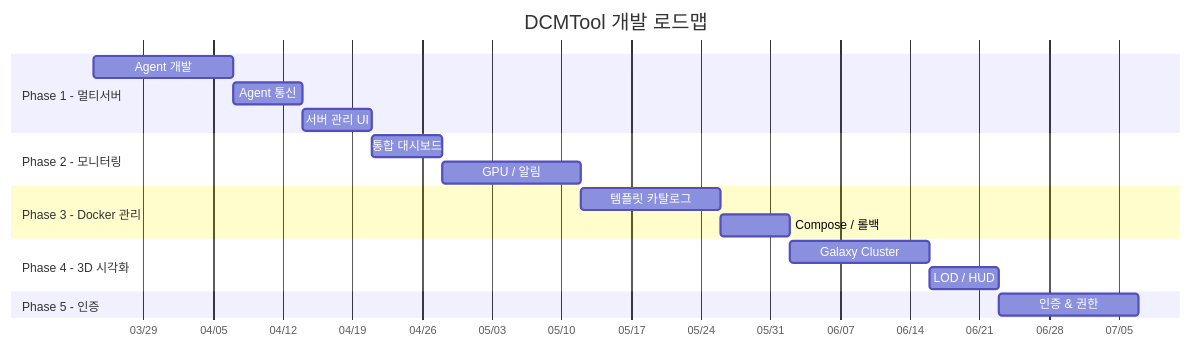
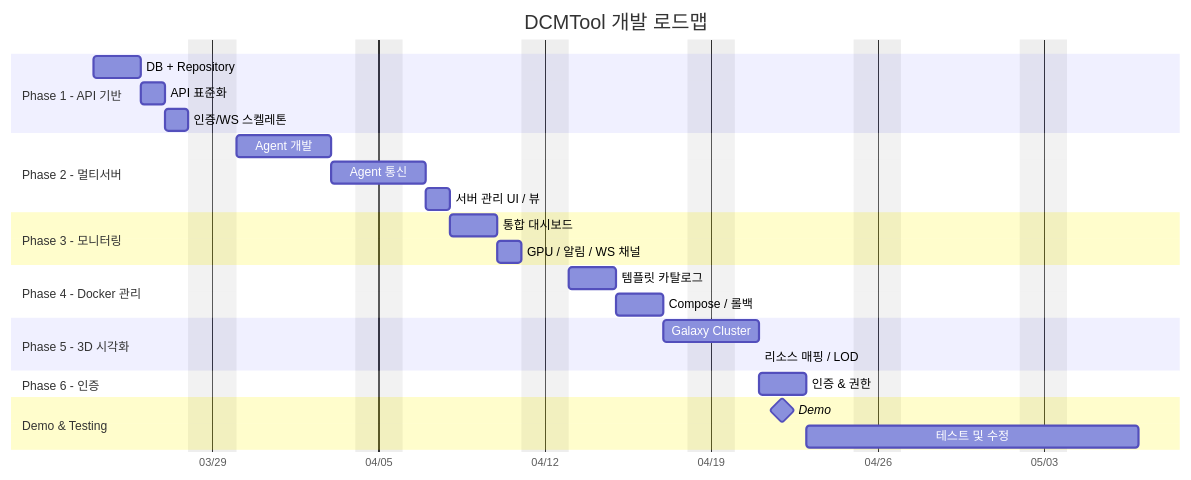
Before and after one commit to qkr7287/HyperCube: diagram 11 of 11 in docs/to-be-architecture.md, drawn with Mermaid. The commit also changed other lines of this file, not shown here.

Commit message:
docs: update to-be architecture with Phase 1 API foundation
Restructure 5 phases to 6: add Phase 1 (API foundation) before
multi-server. Compress timeline to 1-month dev + 2-week testing.
Update Mermaid gantt and phase table accordingly.

````diff
--- a/docs/to-be-architecture.md
+++ b/docs/to-be-architecture.md
@@ -523,26 +527,36 @@
 ```mermaid
 gantt
     title DCMTool 개발 로드맵
     dateFormat YYYY-MM-DD
     axisFormat %m/%d
+    excludes weekends
 
-    section Phase 1 - 멀티서버
-    Agent 개발           :p1a, 2026-03-24, 2w
-    Agent 통신           :p1b, after p1a, 1w
-    서버 관리 UI          :p1c, after p1b, 1w
+    section Phase 1 - API 기반
+    DB + Repository      :p1a, 2026-03-24, 2d
+    API 표준화            :p1b, after p1a, 1d
+    인증/WS 스켈레톤       :p1c, after p1b, 1d
 
-    section Phase 2 - 모니터링
-    통합 대시보드          :p2a, after p1c, 1w
-    GPU / 알림            :p2b, after p2a, 2w
+    section Phase 2 - 멀티서버
+    Agent 개발           :p2a, after p1c, 4d
+    Agent 통신           :p2b, after p2a, 2d
+    서버 관리 UI / 뷰     :p2c, after p2b, 1d
 
-    section Phase 3 - Docker 관리
-    템플릿 카탈로그         :p3a, after p2b, 2w
-    Compose / 롤백        :p3b, after p3a, 1w
+    section Phase 3 - 모니터링
+    통합 대시보드          :p3a, after p2c, 2d
+    GPU / 알림 / WS 채널  :p3b, after p3a, 1d
 
-    section Phase 4 - 3D 시각화
-    Galaxy Cluster        :p4a, after p3b, 2w
-    LOD / HUD            :p4b, after p4a, 1w
+    section Phase 4 - Docker 관리
+    템플릿 카탈로그        :p4a, after p3b, 2d
+    Compose / 롤백        :p4b, after p4a, 2d
 
-    section Phase 5 - 인증
-    인증 & 권한            :p5a, after p4b, 2w
+    section Phase 5 - 3D 시각화
+    Galaxy Cluster        :p5a, after p4b, 2d
+    리소스 매핑 / LOD     :p5b, after p5a, 0d
+
+    section Phase 6 - 인증
+    인증 & 권한           :p6a, after p5b, 2d
+
+    section Demo & Testing
+    Demo                 :milestone, demo, 2026-04-22, 0d
+    테스트 및 수정         :test, 2026-04-23, 10d
 ```
````
